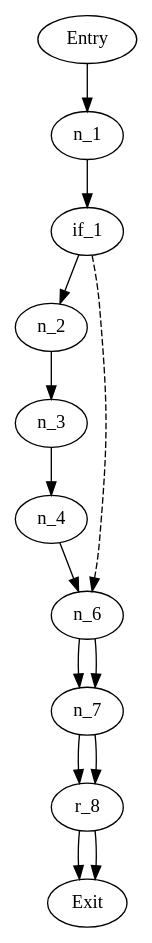
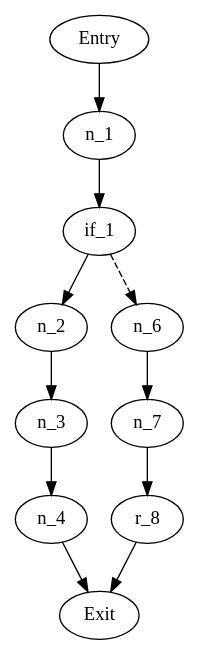
Before and after one commit to natsteven/CFG: the diagram in m3-cfg.dot, drawn with Graphviz. The commit also changed 5 other files, not shown here.

```diff
--- a/m3-cfg.dot
+++ b/m3-cfg.dot
@@ -1,15 +1,12 @@
 digraph m3 {
 "Entry" -> "n_1";
 "n_1" -> "if_1";
 "if_1" -> "n_2";
 "if_1" -> "n_6"[style = dashed];
 "n_2" -> "n_3";
 "n_6" -> "n_7";
 "n_3" -> "n_4";
 "n_7" -> "r_8";
-"n_4" -> "n_6";
-"r_8" -> "Exit";
-"n_6" -> "n_7";
-"n_7" -> "r_8";
+"n_4" -> "Exit";
 "r_8" -> "Exit";
  }
```
